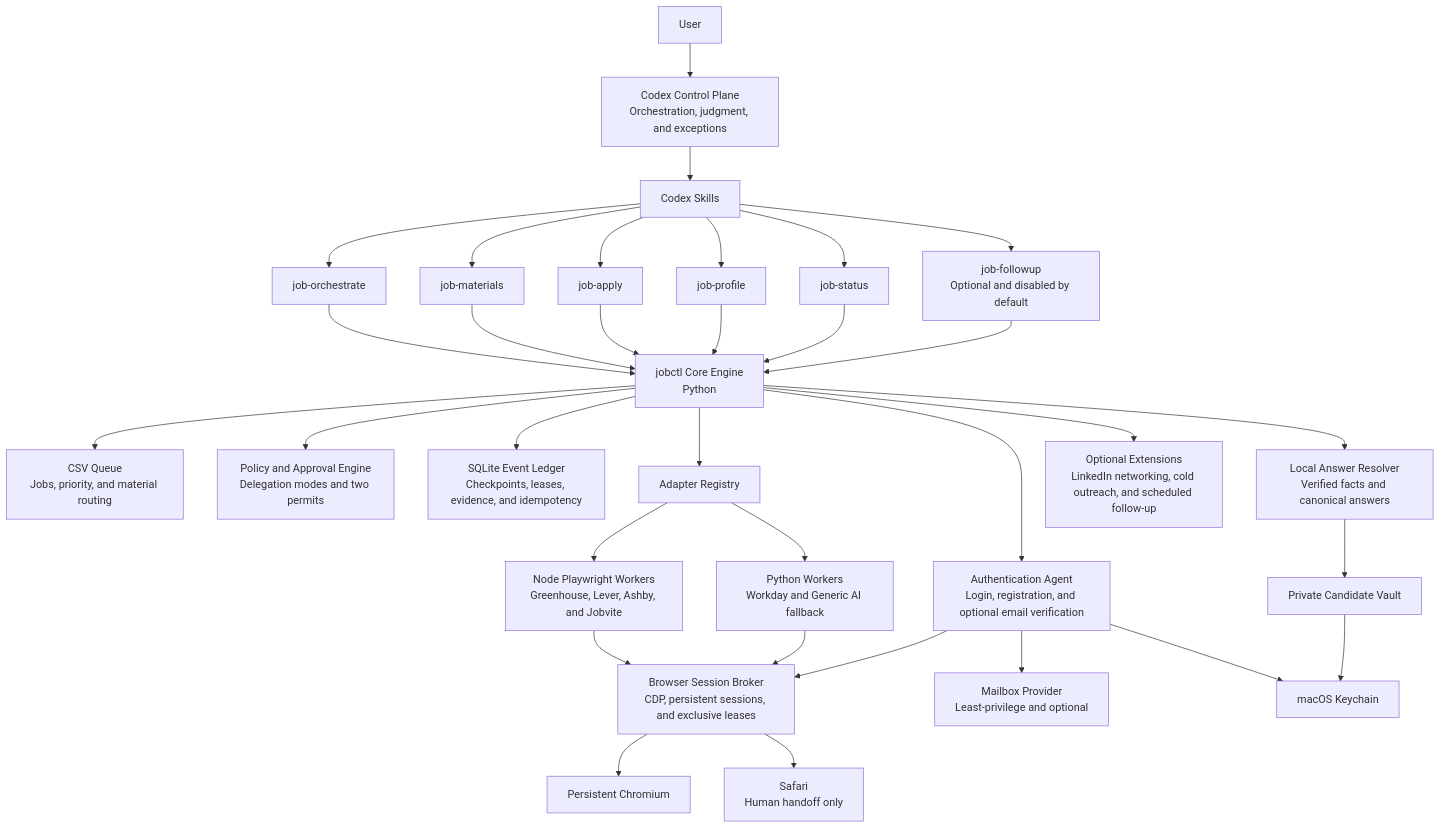
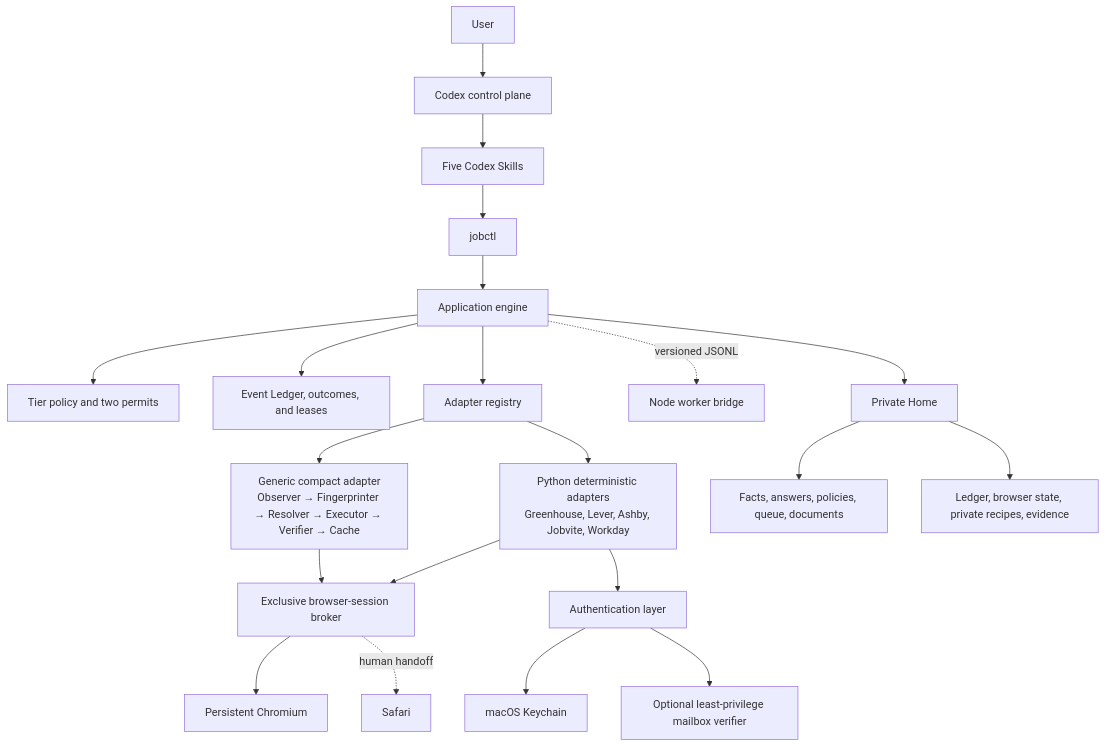
The diagram in README.md (yuyao-wang/Jobops), drawn with Mermaid before and after one commit. The commit also changed other lines of this file and 123 other files, not shown here.

Commit message:
feat: build privacy-first Codex job application engine

````diff
--- a/README.md
+++ b/README.md
@@ -44,42 +40,27 @@
 ```mermaid
 flowchart TB
-    User["User"] --> Codex["Codex Control Plane<br/>Orchestration, judgment, and exceptions"]
+    User["User"] --> Codex["Codex control plane"]
+    Codex --> Skills["Five Codex Skills"]
+    Skills --> CLI["jobctl"]
 
-    Codex --> Skills["Codex Skills"]
-    Skills --> Orchestrator["job-orchestrate"]
-    Skills --> Materials["job-materials"]
-    Skills --> Apply["job-apply"]
-    Skills --> Profile["job-profile"]
-    Skills --> Status["job-status"]
-    Skills --> Followup["job-followup<br/>Optional and disabled by default"]
+    CLI --> Engine["Application engine"]
+    Engine --> Policy["Tier policy and two permits"]
+    Engine --> Ledger["Event Ledger, outcomes, and leases"]
+    Engine --> Registry["Adapter registry"]
 
-    Orchestrator --> Core["jobctl Core Engine<br/>Python"]
-    Materials --> Core
-    Apply --> Core
-    Profile --> Core
-    Status --> Core
-    Followup --> Core
+    Registry --> ATS["Python deterministic adapters<br/>Greenhouse, Lever, Ashby, Jobvite, Workday"]
+    Registry --> Generic["Generic compact adapter<br/>Observer → Fingerprinter → Resolver → Executor → Verifier → Cache"]
+    Engine -. "versioned JSONL" .-> Node["Node worker bridge"]
 
-    Core --> Queue["CSV Queue<br/>Jobs, priority, and material routing"]
-    Core --> Policy["Policy and Approval Engine<br/>Delegation modes and two permits"]
-    Core --> Ledger["SQLite Event Ledger<br/>Checkpoints, leases, evidence, and idempotency"]
-    Core --> Answers["Local Answer Resolver<br/>Verified facts and canonical answers"]
-    Core --> Registry["Adapter Registry"]
-    Core --> Auth["Authentication Agent<br/>Login, registration, and optional email verification"]
+    ATS --> Broker["Exclusive browser-session broker"]
+    Generic --> Broker
+    Broker --> Chromium["Persistent Chromium"]
+    Broker -. "human handoff" .-> Safari["Safari"]
 
-    Registry --> NodeWorkers["Node Playwright Workers<br/>Greenhouse, Lever, Ashby, and Jobvite"]
-    Registry --> PythonWorkers["Python Workers<br/>Workday and Generic AI fallback"]
-
-    NodeWorkers --> Broker["Browser Session Broker<br/>CDP, persistent sessions, and exclusive leases"]
-    PythonWorkers --> Broker
-    Auth --> Broker
-    Broker --> Chromium["Persistent Chromium"]
-    Broker --> Safari["Safari<br/>Human handoff only"]
-
-    Answers --> Vault["Private Candidate Vault"]
-    Auth --> Mail["Mailbox Provider<br/>Least-privilege and optional"]
+    Engine --> Home["Private Home"]
+    Home --> Facts["Facts, answers, policies, queue, documents"]
+    Home --> State["Ledger, browser state, private recipes, evidence"]
+    ATS --> Auth["Authentication layer"]
     Auth --> Keychain["macOS Keychain"]
-    Vault --> Keychain
-
-    Core --> Optional["Optional Extensions<br/>LinkedIn networking, cold outreach, and scheduled follow-up"]
+    Auth --> Mailbox["Optional least-privilege mailbox verifier"]
 ```
````
